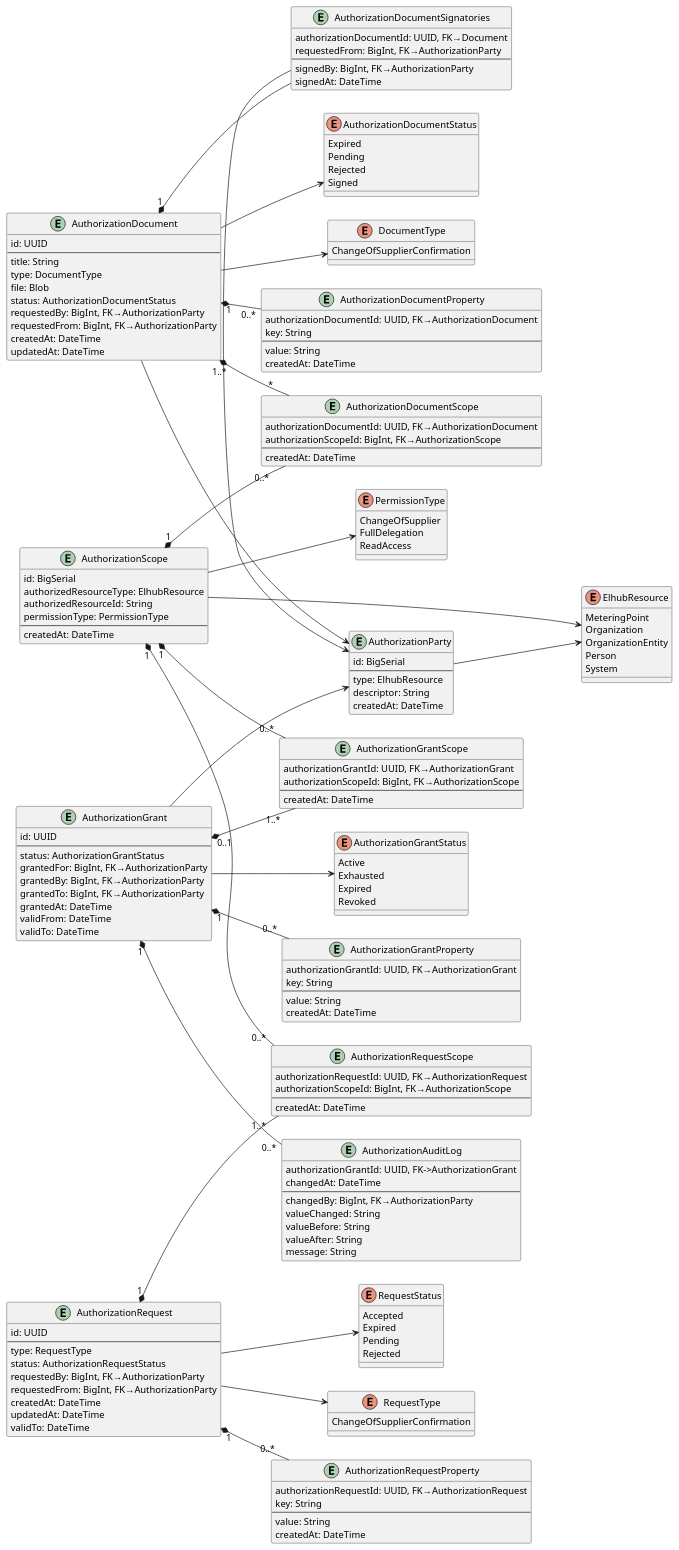
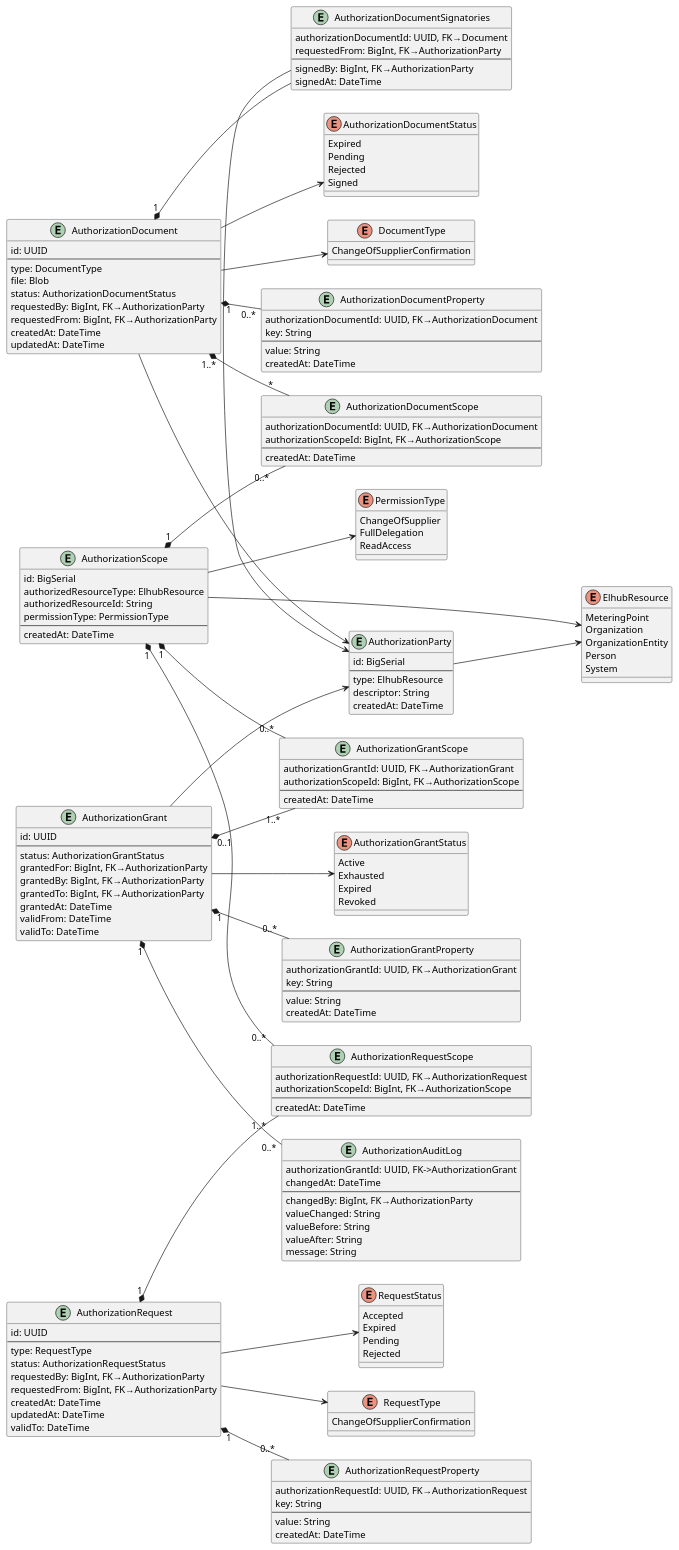
Before and after one commit to elhub/auth-grant-manager: the diagram in docs/assets/datamodel.plantuml, drawn with PlantUML. The commit also changed 5 other files, not shown here.

```diff
--- a/docs/assets/datamodel.plantuml
+++ b/docs/assets/datamodel.plantuml
@@ -1,196 +1,195 @@
 @startuml datamodel
 left to right direction
 'top to bottom direction
 
 ' The PartyId is a type that is used to identify a party
 ' It can be an elhub user Id or a GLN. It is a string because it can be a UUID or a GLN-number
 ' type PartyId = String
 
 enum AuthorizationGrantStatus {
   Active
   Exhausted
   Expired
   Revoked
 }
 
 enum PermissionType {
   ChangeOfSupplier
   FullDelegation
   ReadAccess
 }
 
 enum AuthorizationDocumentStatus {
   Expired
   Pending
   Rejected
   Signed
 }
 
 enum RequestStatus {
   Accepted
   Expired
   Pending
   Rejected
 }
 
 enum ElhubResource {
   MeteringPoint
   Organization
   OrganizationEntity
   Person
   System
 }
 
 enum DocumentType {
   ChangeOfSupplierConfirmation
 }
 
 enum RequestType {
   ChangeOfSupplierConfirmation
 }
 
 entity AuthorizationGrant {
   id: UUID
   --
   status: AuthorizationGrantStatus
   grantedFor: BigInt, FK→AuthorizationParty
   grantedBy: BigInt, FK→AuthorizationParty
   grantedTo: BigInt, FK→AuthorizationParty
   grantedAt: DateTime
   validFrom: DateTime
   validTo: DateTime
 }
 
 ' Used to store metadata related to the AuthorizationGrant
 entity AuthorizationGrantProperty {
   authorizationGrantId: UUID, FK→AuthorizationGrant
   key: String
   --
   value: String
   createdAt: DateTime
 }
 
 entity AuthorizationAuditLog {
   authorizationGrantId: UUID, FK->AuthorizationGrant
   changedAt: DateTime
   --
   changedBy: BigInt, FK→AuthorizationParty
   valueChanged: String
   valueBefore: String
   valueAfter: String
   message: String
 }
 
 entity AuthorizationRequest {
   id: UUID
   --
   type: RequestType
   status: AuthorizationRequestStatus
   requestedBy: BigInt, FK→AuthorizationParty
   requestedFrom: BigInt, FK→AuthorizationParty
   createdAt: DateTime
   updatedAt: DateTime
   validTo: DateTime
 }
 
 entity AuthorizationRequestProperty {
   authorizationRequestId: UUID, FK→AuthorizationRequest
   key: String
   --
   value: String
   createdAt: DateTime
 }
 
 ' In this model it is assumed that the metadata is stored in the document.
 entity AuthorizationDocument {
   id: UUID
   --
-  title: String
   type: DocumentType
   file: Blob
   status: AuthorizationDocumentStatus
   requestedBy: BigInt, FK→AuthorizationParty
   requestedFrom: BigInt, FK→AuthorizationParty
   createdAt: DateTime
   updatedAt: DateTime
 }
 
 entity AuthorizationDocumentProperty {
   authorizationDocumentId: UUID, FK→AuthorizationDocument
   key: String
   --
   value: String
   createdAt: DateTime
 }
 
 entity AuthorizationDocumentSignatories {
   authorizationDocumentId: UUID, FK→Document
   requestedFrom: BigInt, FK→AuthorizationParty
   --
   signedBy: BigInt, FK→AuthorizationParty
   signedAt: DateTime
 }
 
 entity AuthorizationGrantScope {
   authorizationGrantId: UUID, FK→AuthorizationGrant
   authorizationScopeId: BigInt, FK→AuthorizationScope
   --
   createdAt: DateTime
 }
 
 entity AuthorizationDocumentScope {
   authorizationDocumentId: UUID, FK→AuthorizationDocument
   authorizationScopeId: BigInt, FK→AuthorizationScope
   --
   createdAt: DateTime
 }
 
 entity AuthorizationRequestScope {
   authorizationRequestId: UUID, FK→AuthorizationRequest
   authorizationScopeId: BigInt, FK→AuthorizationScope
   --
   createdAt: DateTime
 }
 
 entity AuthorizationScope {
   id: BigSerial
   authorizedResourceType: ElhubResource
   authorizedResourceId: String
   permissionType: PermissionType
   --
   createdAt: DateTime
 }
 
 entity AuthorizationParty {
   id: BigSerial
   --
   type: ElhubResource
   descriptor: String
   createdAt: DateTime
 }
 
 ' Relationships
 AuthorizationGrant "1" *-- "0..*" AuthorizationGrantProperty
 AuthorizationGrant "0..1" *-- "1..*" AuthorizationGrantScope
 AuthorizationGrant "1" *-- "0..*" AuthorizationAuditLog
 AuthorizationGrant --> AuthorizationGrantStatus
 AuthorizationGrant --> AuthorizationParty
 AuthorizationScope --> ElhubResource
 AuthorizationScope --> PermissionType
 AuthorizationScope "1" *-- "0..*" AuthorizationGrantScope
 AuthorizationScope "1" *-- "0..*" AuthorizationRequestScope
 AuthorizationScope "1" *-- "0..*" AuthorizationDocumentScope
 AuthorizationDocument "1" *-- "0..*" AuthorizationDocumentProperty
 AuthorizationDocument "1" *-- AuthorizationDocumentSignatories
 AuthorizationDocument "1..*" *-- "*" AuthorizationDocumentScope
 AuthorizationDocument --> DocumentType
 AuthorizationDocument --> AuthorizationDocumentStatus
 AuthorizationDocument --> AuthorizationParty
 AuthorizationDocumentSignatories -> AuthorizationParty
 AuthorizationRequest "1" *-- "0..*" AuthorizationRequestProperty
 AuthorizationRequest "1" *-- "1..*" AuthorizationRequestScope
 AuthorizationRequest --> RequestType
 AuthorizationRequest --> RequestStatus
 AuthorizationParty --> ElhubResource
 
 @enduml
```
